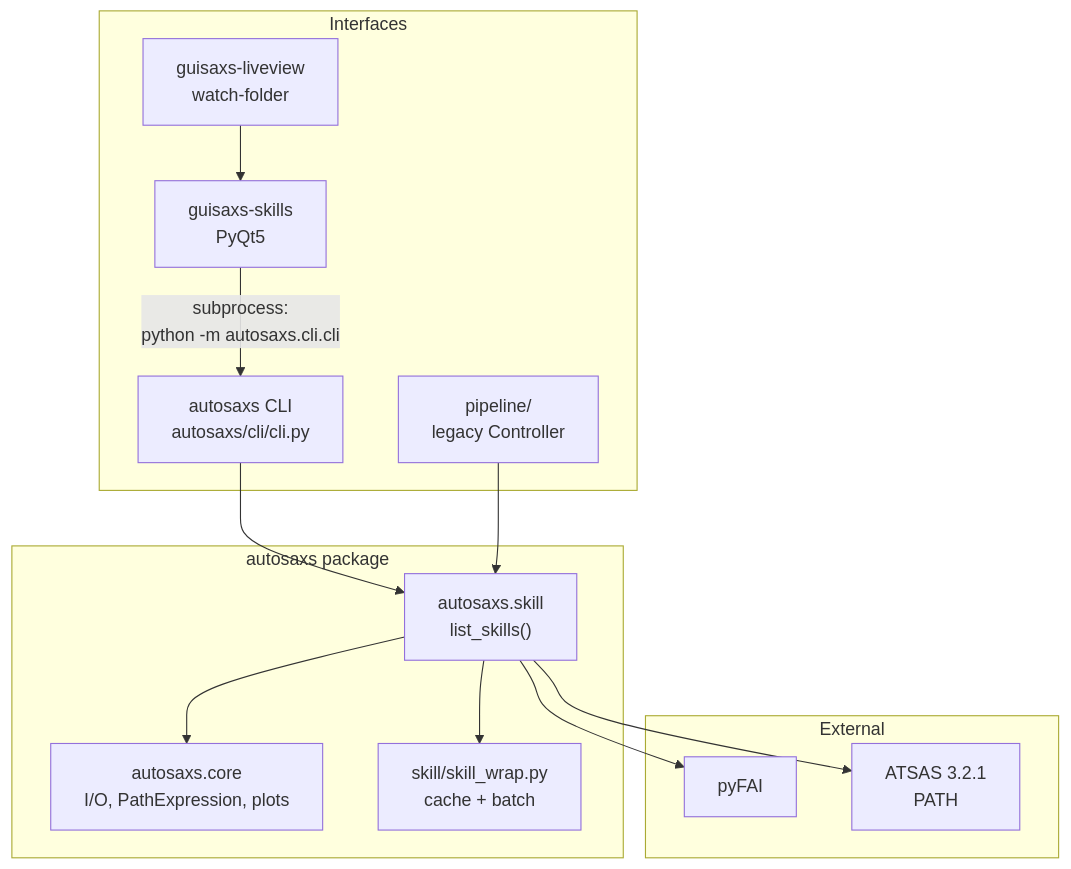
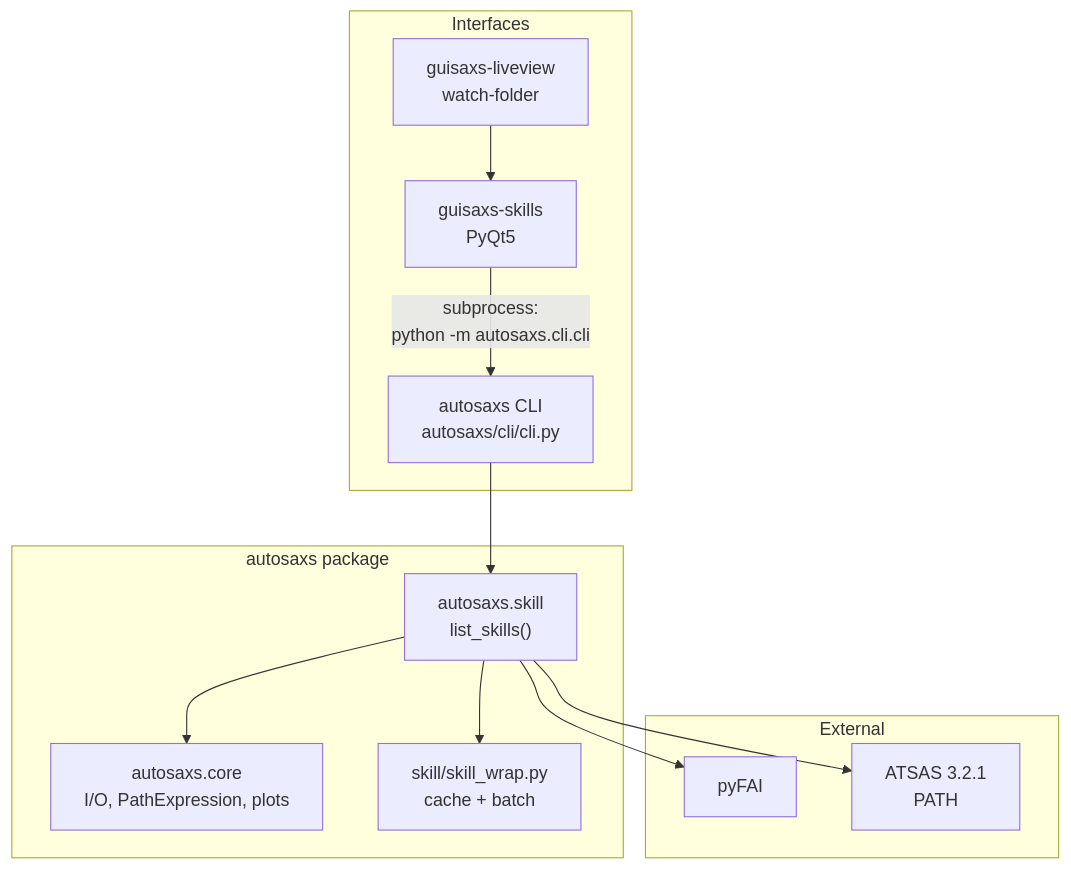
The diagram in AGENTS.md (MikhailLifar/autoSAXS), drawn with Mermaid before and after one commit. The commit also changed other lines of this file and 21 other files, not shown here.

First line of the commit message:
chore: remove legacy pipeline and deprecated fit_* skill aliases

````diff
--- a/AGENTS.md
+++ b/AGENTS.md
@@ -39,29 +39,27 @@
 ```mermaid
 flowchart TB
   subgraph interfaces [Interfaces]
     CLI["autosaxs CLI\nautosaxs/cli/cli.py"]
     SkillsGUI["guisaxs-skills\nPyQt5"]
     Liveview["guisaxs-liveview\nwatch-folder"]
-    LegacyPipe["pipeline/\nlegacy Controller"]
   end
 
   subgraph core_pkg [autosaxs package]
     Skill["autosaxs.skill\nlist_skills()"]
     Core["autosaxs.core\nI/O, PathExpression, plots"]
     Wrap["skill/skill_wrap.py\ncache + batch"]
   end
 
   subgraph external [External]
     PyFAI["pyFAI"]
     ATSAS["ATSAS 3.2.1\nPATH"]
   end
 
   CLI --> Skill
   SkillsGUI -->|"subprocess:\npython -m autosaxs.cli.cli"| CLI
   Liveview --> SkillsGUI
-  LegacyPipe --> Skill
   Skill --> Core
   Skill --> Wrap
   Skill --> PyFAI
   Skill --> ATSAS
 ```
````
